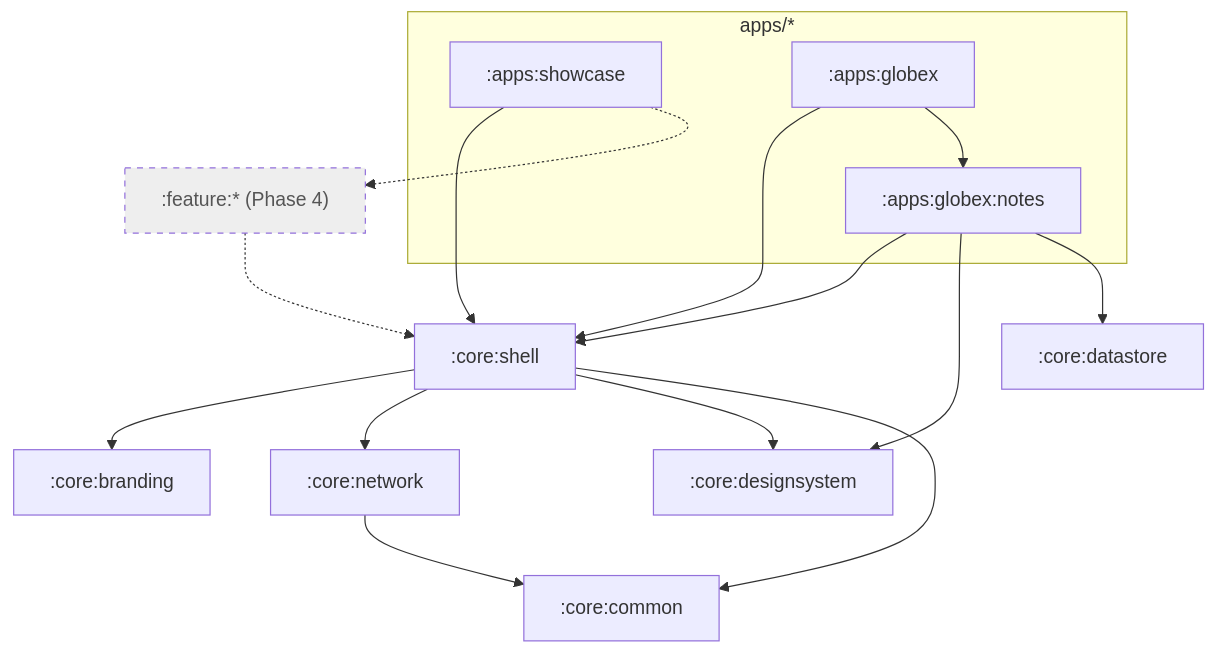
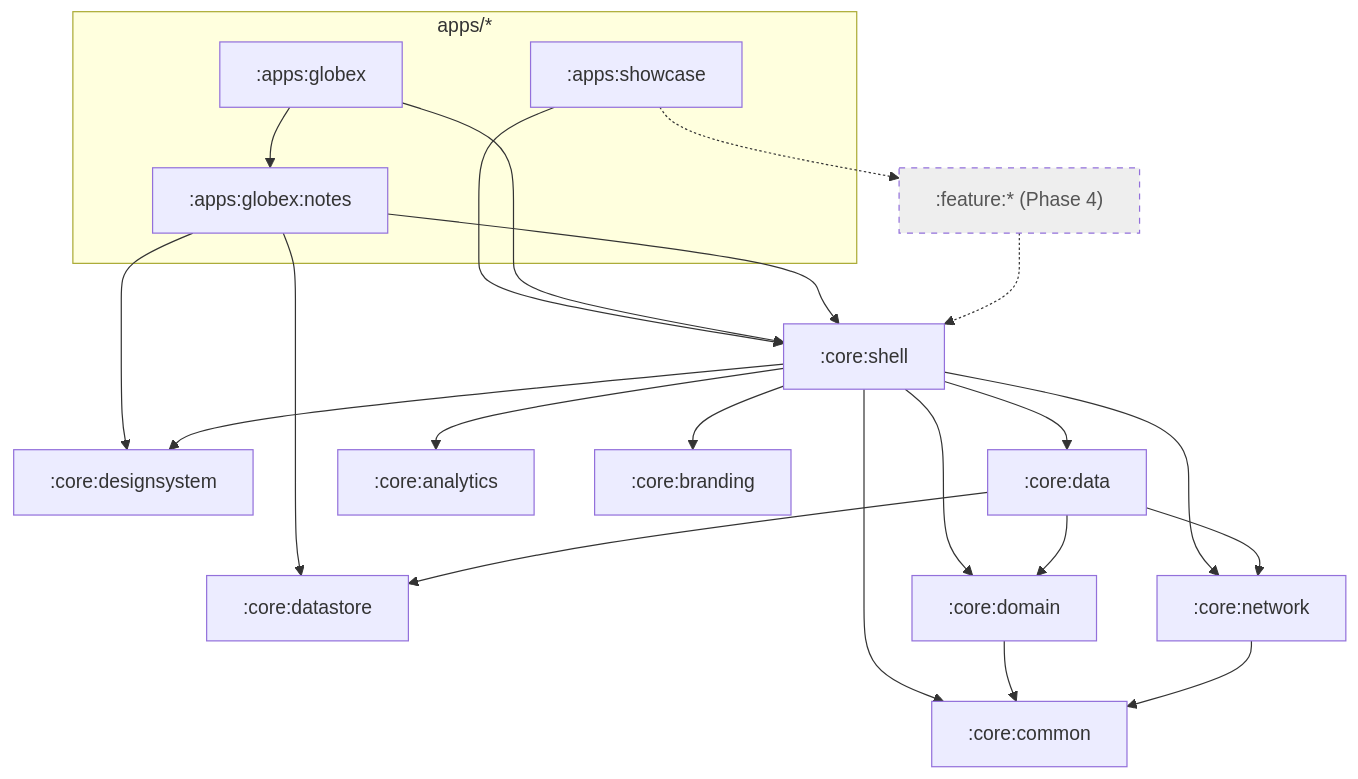
The diagram in docs/architecture.md (zakaria-hajja/whitelabel-app-kit), drawn with Mermaid before and after one commit. The commit also changed other lines of this file and 15 other files, not shown here.

First line of the commit message:
feat(shell): remote flags, theme preference and analytics

````diff
--- a/docs/architecture.md
+++ b/docs/architecture.md
@@ -28,31 +31,41 @@
 ```mermaid
 flowchart TD
     subgraph apps["apps/*"]
         showcase[":apps:showcase"]
         globex[":apps:globex"]
         notes[":apps:globex:notes"]
     end
     shell[":core:shell"]
     ds[":core:designsystem"]
     datastore[":core:datastore"]
+    data[":core:data"]
+    domain[":core:domain"]
+    analytics[":core:analytics"]
     network[":core:network"]
     branding[":core:branding"]
     common[":core:common"]
     features[":feature:* (Phase 4)"]:::planned
 
     showcase --> shell
     globex --> shell
     globex --> notes
     notes --> shell
     notes --> ds
     notes --> datastore
     shell --> branding
     shell --> network
     shell --> ds
     shell --> common
+    shell --> data
+    shell --> domain
+    shell --> analytics
+    data --> domain
+    data --> network
+    data --> datastore
+    domain --> common
     network --> common
     showcase -.-> features
     features -.-> shell
 
     classDef planned stroke-dasharray: 5 5,fill:#eee,color:#555
 ```
````
